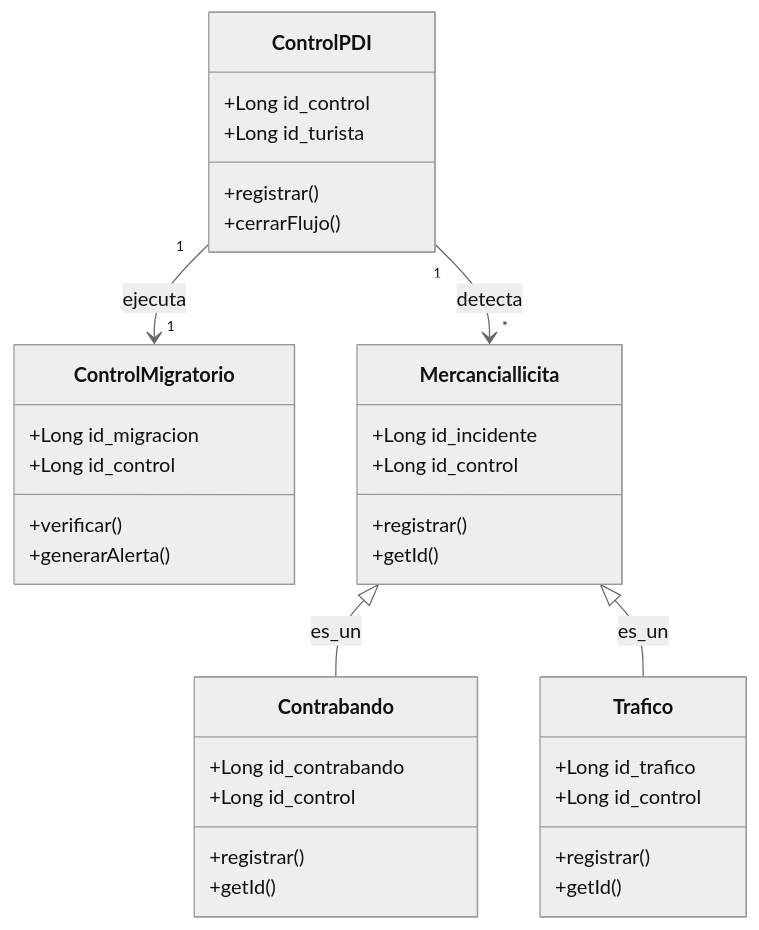
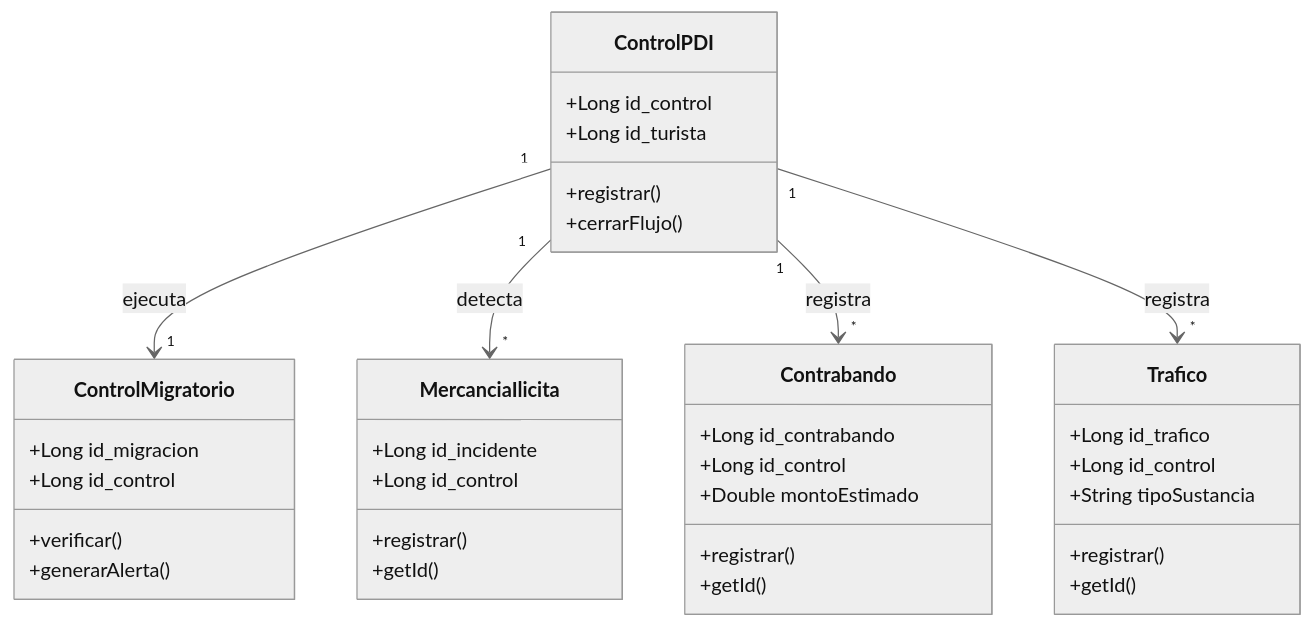
Before and after one commit to eldaridin/PrototipoXD: the diagram in Docs/15_CLASES_MS_PDI.md, drawn with Mermaid (neutral theme). The commit also changed other lines of this file, not shown here.

Commit message:
Fix class name and update relationships in PDI documentation
Corrected class name from 'Mercanciallicita' to 'MercanciaIlicita' and updated relationships in the diagram.

````diff
--- a/Docs/15_CLASES_MS_PDI.md
+++ b/Docs/15_CLASES_MS_PDI.md
@@ -15,38 +19,40 @@
 ```mermaid
 classDiagram
     class ControlPDI {
         +Long id_control
         +Long id_turista
         +registrar()
         +cerrarFlujo()
     }
     class ControlMigratorio {
         +Long id_migracion
         +Long id_control
         +verificar()
         +generarAlerta()
     }
-    class Mercanciallicita {
+    class MercanciaIlicita {
         +Long id_incidente
         +Long id_control
         +registrar()
         +getId()
     }
     class Contrabando {
         +Long id_contrabando
         +Long id_control
+        +Double montoEstimado
         +registrar()
         +getId()
     }
     class Trafico {
         +Long id_trafico
         +Long id_control
+        +String tipoSustancia
         +registrar()
         +getId()
     }
 
     ControlPDI "1" --> "1" ControlMigratorio : ejecuta
-    ControlPDI "1" --> "*" Mercanciallicita : detecta
-    Mercanciallicita <|-- Contrabando : es_un
-    Mercanciallicita <|-- Trafico : es_un
+    ControlPDI "1" --> "*" MercanciaIlicita : detecta
+    ControlPDI "1" --> "*" Contrabando : registra
+    ControlPDI "1" --> "*" Trafico : registra
 ```
````
